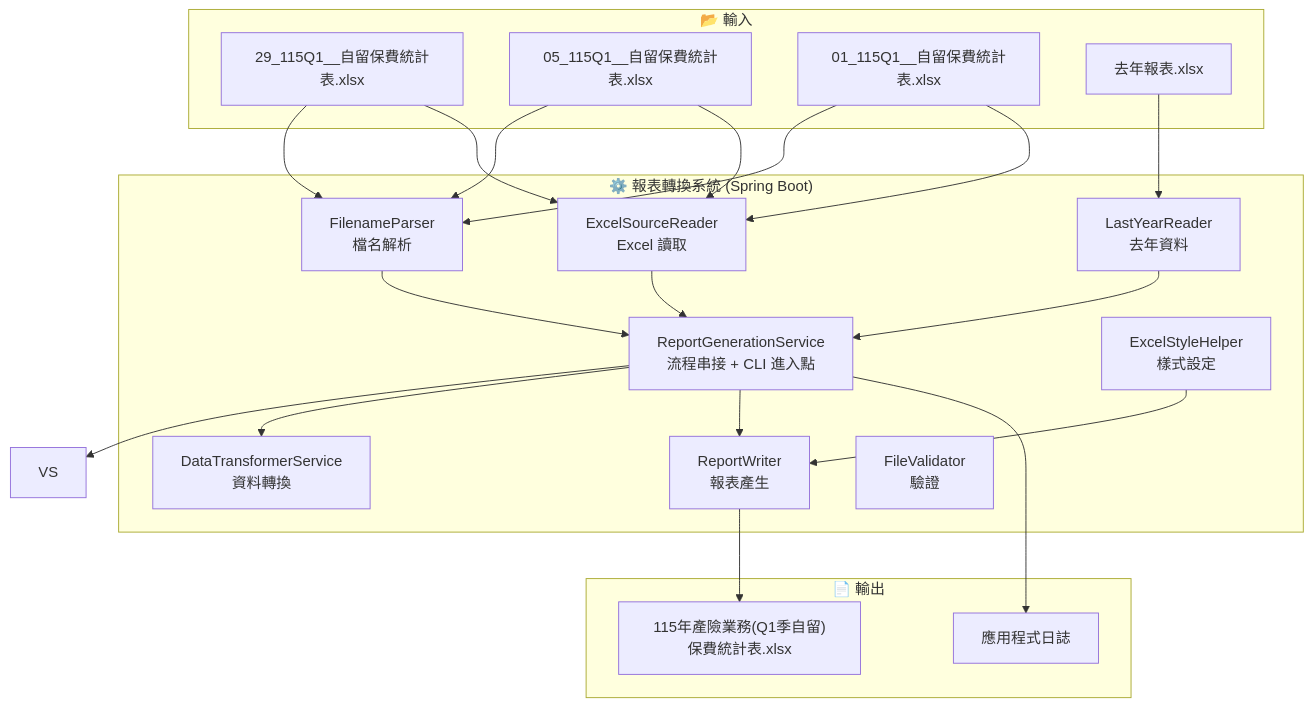
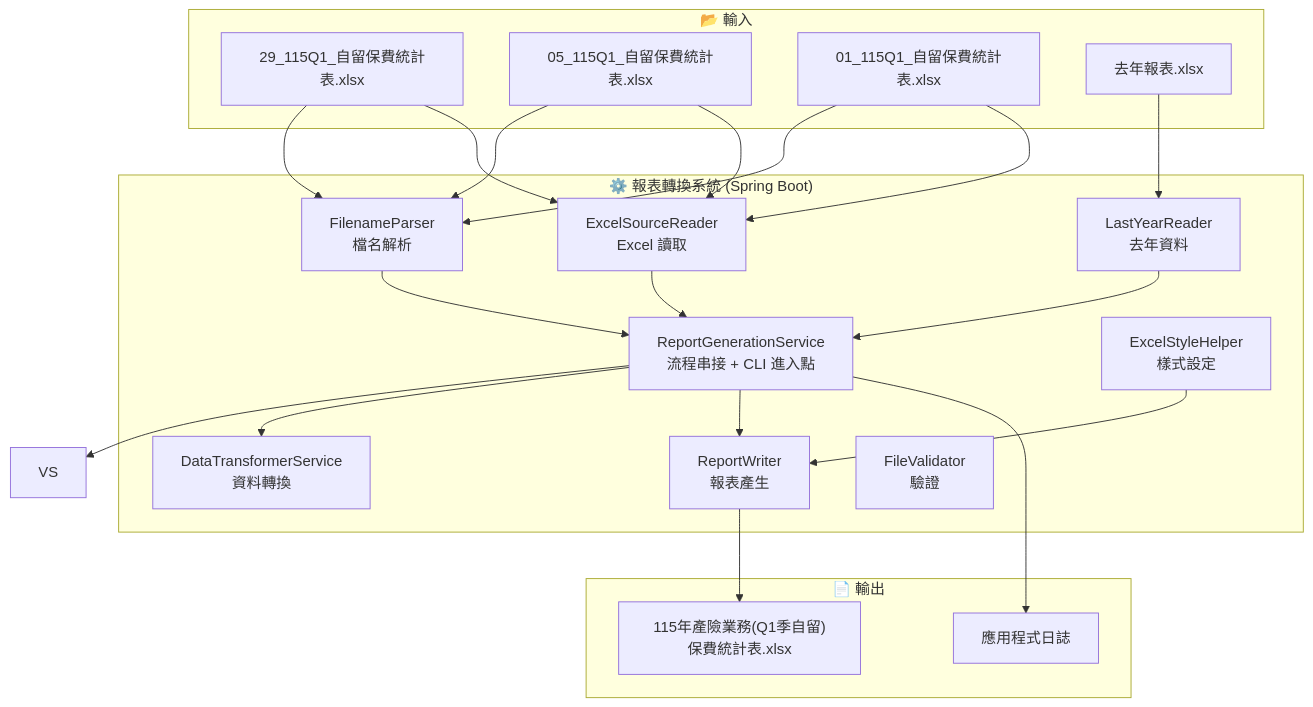
One commit to seawaterfoods/retained-premium-report-transformer changed the first of 2 diagrams in docs/04-系統架構圖.md. Above: the diagram before and after it, drawn with Mermaid. The commit also changed 5 other files, not shown here.

````diff
--- a/docs/04-系統架構圖.md
+++ b/docs/04-系統架構圖.md
@@ -9,42 +9,42 @@
 ```mermaid
 graph TB
     subgraph Input["📂 輸入"]
-        SRC1["29_115Q1__自留保費統計表.xlsx"]
-        SRC2["05_115Q1__自留保費統計表.xlsx"]
-        SRC3["01_115Q1__自留保費統計表.xlsx"]
+        SRC1["29_115Q1_自留保費統計表.xlsx"]
+        SRC2["05_115Q1_自留保費統計表.xlsx"]
+        SRC3["01_115Q1_自留保費統計表.xlsx"]
         LAST["去年報表.xlsx"]
     end
 
     subgraph App["⚙️ 報表轉換系統 (Spring Boot)"]
         GEN["ReportGenerationService<br/>流程串接 + CLI 進入點"]
         FP["FilenameParser<br/>檔名解析"]
         ER["ExcelSourceReader<br/>Excel 讀取"]
         DT["DataTransformerService<br/>資料轉換"]
         RW["ReportWriter<br/>報表產生"]
         ESH["ExcelStyleHelper<br/>樣式設定"]
         LY["LastYearReader<br/>去年資料"]
         FV["FileValidator<br/>驗證"]
     end
 
     subgraph Output["📄 輸出"]
         OUT["115年產險業務(Q1季自留)保費統計表.xlsx"]
         LOG["應用程式日誌"]
     end
 
     SRC1 --> FP
     SRC2 --> FP
     SRC3 --> FP
     FP --> GEN
     SRC1 --> ER
     SRC2 --> ER
     SRC3 --> ER
     ER --> GEN
     GEN --> VS
     GEN --> DT
     LAST --> LY
     LY --> GEN
     GEN --> RW
     ESH --> RW
     RW --> OUT
     GEN --> LOG
 ```
````
